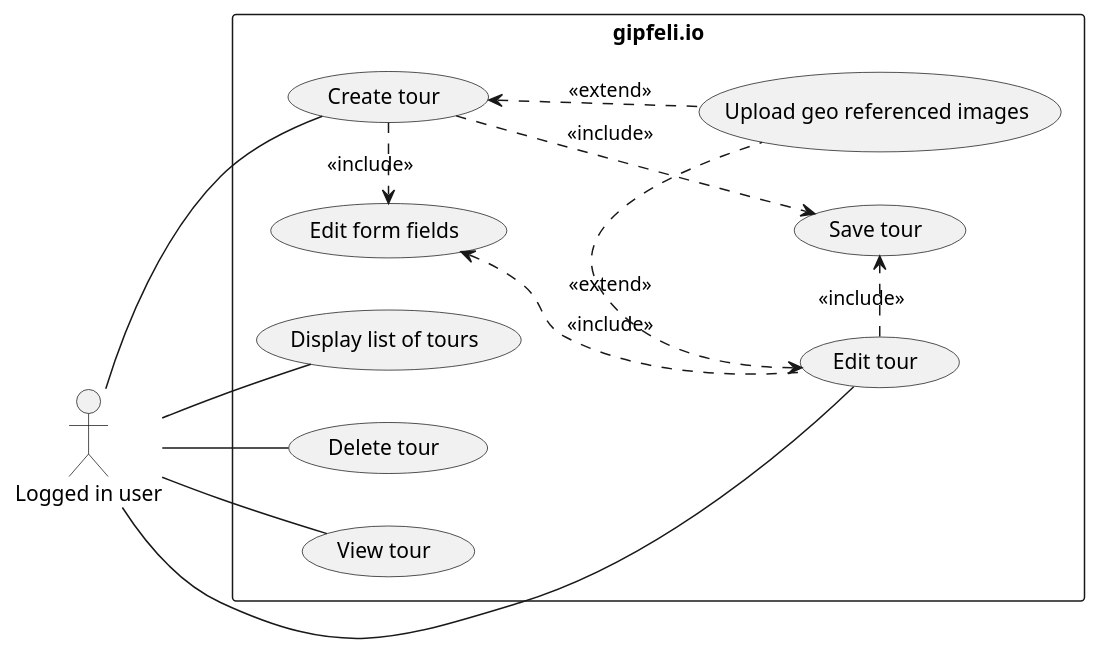
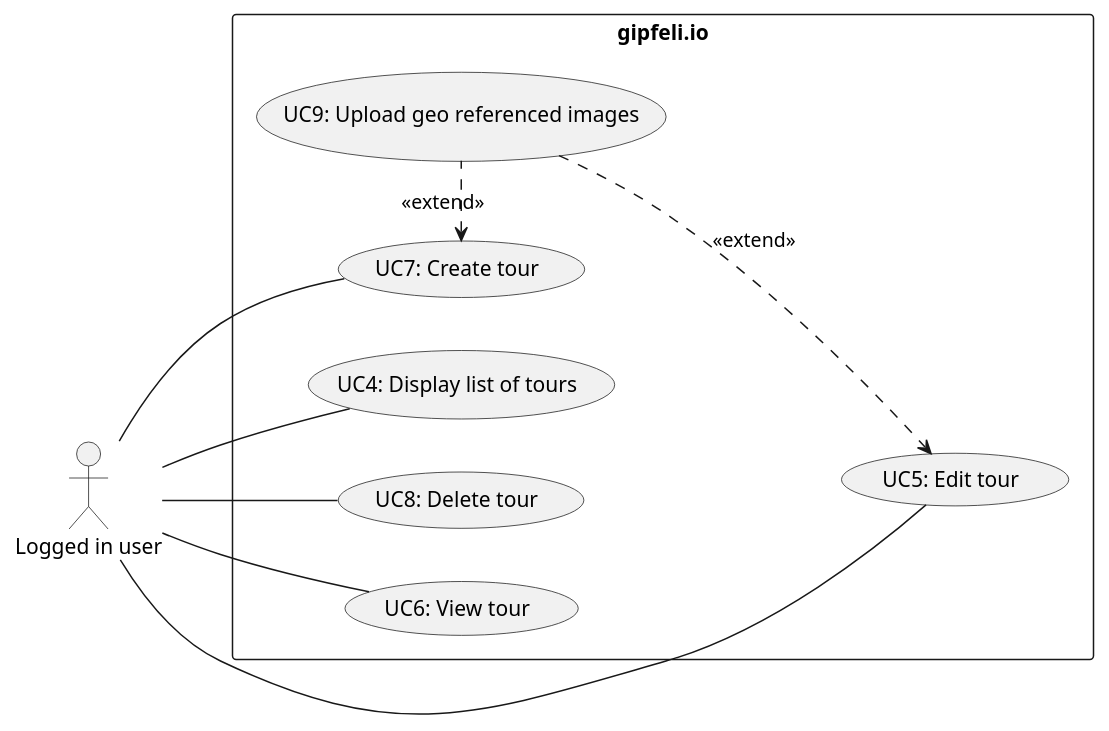
One commit to gipfeli-io/documentation changed the second of 2 diagrams in docs/design/use-cases.md. Above: the diagram before and after it, drawn with PlantUML. The commit also changed other lines of this file, not shown here.

````diff
--- a/docs/design/use-cases.md
+++ b/docs/design/use-cases.md
@@ -24,28 +71,22 @@
 ```plantuml Tour administration
 @startuml
 left to right direction
 actor "Logged in user" as lu
 rectangle gipfeli.io {
-  usecase "Display list of tours" as UC1
-  usecase "Edit tour" as UC2
-  usecase "Delete tour" as UC3
-  usecase "View tour" as UC4
-  usecase "Create tour" as UC5
-  usecase "Edit form fields" as UC6
-  usecase "Upload geo referenced images" as UC7
-  usecase "Save tour" as UC8
+  usecase "UC4: Display list of tours" as UC1
+  usecase "UC5: Edit tour" as UC2
+  usecase "UC8: Delete tour" as UC3
+  usecase "UC6: View tour" as UC4
+  usecase "UC7: Create tour" as UC5
+  usecase "UC9: Upload geo referenced images" as UC7
   
-  UC2 -up.> UC6 : <<include>>
-  UC5 .> UC6 : <<include>>
-  UC2 .> UC8 : <<include>>
-  UC5 .> UC8 : <<include>>
-  UC2 <. UC7 : <<extend>>
+  UC2 <-up. UC7 : <<extend>>
   UC5 <. UC7 : <<extend>>
 }
 lu -- UC1
 lu -- UC2
 lu -- UC3
 lu -- UC4
 lu -- UC5
 @enduml
 ```
````
